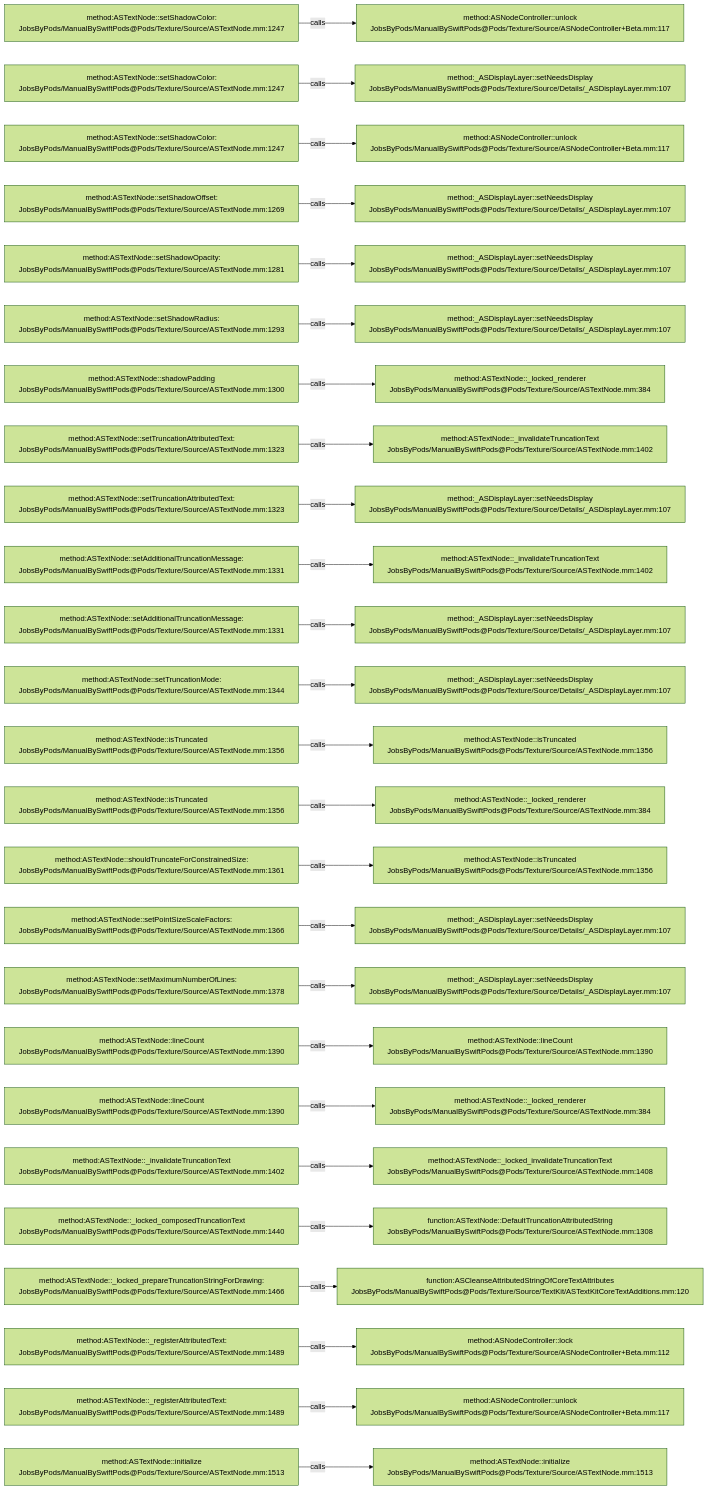
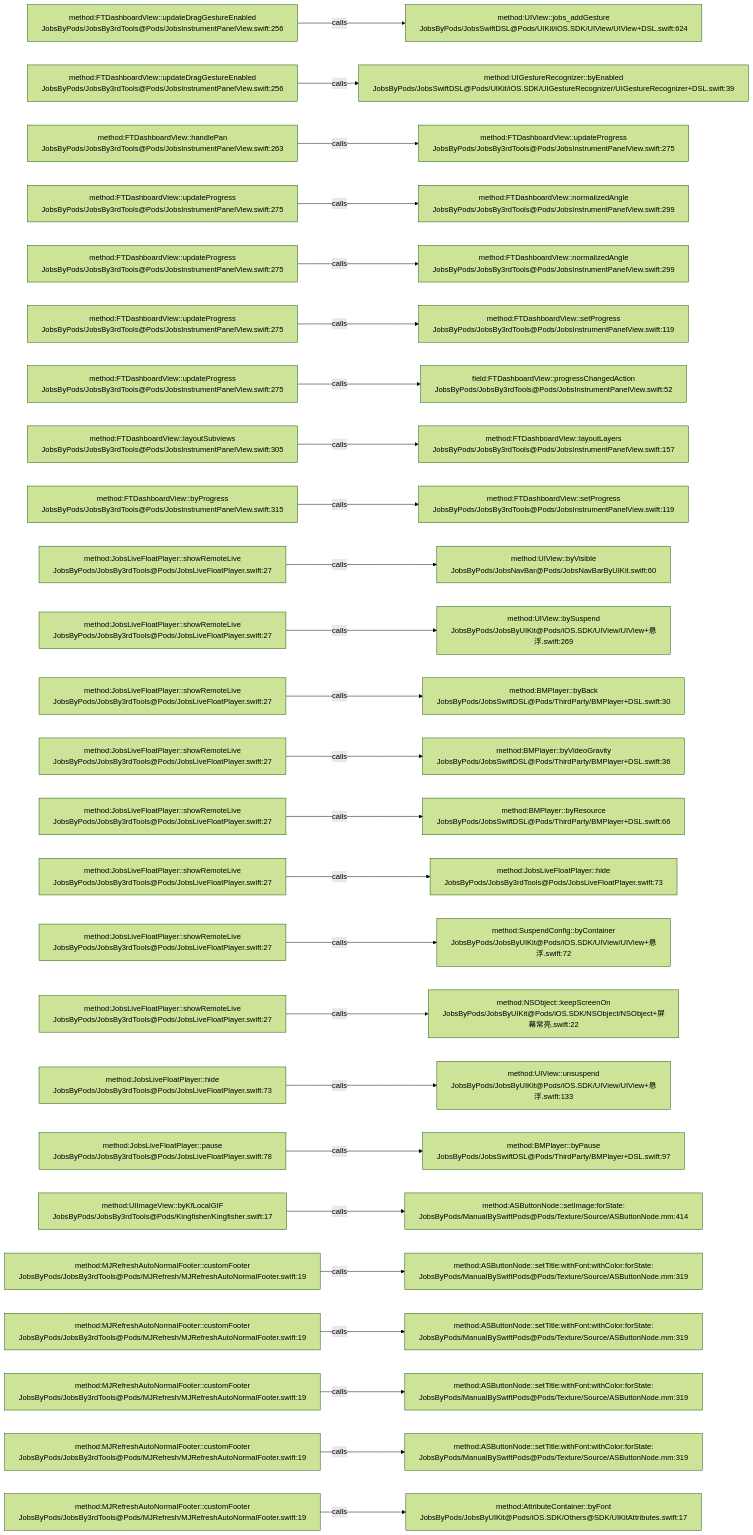
The diagram in .codegraph/codegraph.md/graphs/calls-069.md (JobsKits/JobsSwiftBaseConfigDemo), drawn with Mermaid (forest theme) before and after one commit. The commit also changed 224 other files, not shown here.

````diff
--- a/.codegraph/codegraph.md/graphs/calls-069.md
+++ b/.codegraph/codegraph.md/graphs/calls-069.md
@@ -13,78 +13,78 @@
 ```mermaid
 flowchart LR
-  S1["method:ASTextNode::setShadowColor:<br/>JobsByPods/ManualBySwiftPods@Pods/Texture/Source/ASTextNode.mm:1247"]
-  T1["method:ASNodeController::unlock<br/>JobsByPods/ManualBySwiftPods@Pods/Texture/Source/ASNodeController+Beta.mm:117"]
+  S1["method:FTDashboardView::updateDragGestureEnabled<br/>JobsByPods/JobsBy3rdTools@Pods/JobsInstrumentPanelView.swift:256"]
+  T1["method:UIView::jobs_addGesture<br/>JobsByPods/JobsSwiftDSL@Pods/UIKit/iOS.SDK/UIView/UIView+DSL.swift:624"]
   S1 -->|calls| T1
-  S2["method:ASTextNode::setShadowColor:<br/>JobsByPods/ManualBySwiftPods@Pods/Texture/Source/ASTextNode.mm:1247"]
-  T2["method:_ASDisplayLayer::setNeedsDisplay<br/>JobsByPods/ManualBySwiftPods@Pods/Texture/Source/Details/_ASDisplayLayer.mm:107"]
+  S2["method:FTDashboardView::updateDragGestureEnabled<br/>JobsByPods/JobsBy3rdTools@Pods/JobsInstrumentPanelView.swift:256"]
+  T2["method:UIGestureRecognizer::byEnabled<br/>JobsByPods/JobsSwiftDSL@Pods/UIKit/iOS.SDK/UIGestureRecognizer/UIGestureRecognizer+DSL.swift:39"]
   S2 -->|calls| T2
-  S3["method:ASTextNode::setShadowColor:<br/>JobsByPods/ManualBySwiftPods@Pods/Texture/Source/ASTextNode.mm:1247"]
-  T3["method:ASNodeController::unlock<br/>JobsByPods/ManualBySwiftPods@Pods/Texture/Source/ASNodeController+Beta.mm:117"]
+  S3["method:FTDashboardView::handlePan<br/>JobsByPods/JobsBy3rdTools@Pods/JobsInstrumentPanelView.swift:263"]
+  T3["method:FTDashboardView::updateProgress<br/>JobsByPods/JobsBy3rdTools@Pods/JobsInstrumentPanelView.swift:275"]
   S3 -->|calls| T3
-  S4["method:ASTextNode::setShadowOffset:<br/>JobsByPods/ManualBySwiftPods@Pods/Texture/Source/ASTextNode.mm:1269"]
-  T4["method:_ASDisplayLayer::setNeedsDisplay<br/>JobsByPods/ManualBySwiftPods@Pods/Texture/Source/Details/_ASDisplayLayer.mm:107"]
+  S4["method:FTDashboardView::updateProgress<br/>JobsByPods/JobsBy3rdTools@Pods/JobsInstrumentPanelView.swift:275"]
+  T4["method:FTDashboardView::normalizedAngle<br/>JobsByPods/JobsBy3rdTools@Pods/JobsInstrumentPanelView.swift:299"]
   S4 -->|calls| T4
-  S5["method:ASTextNode::setShadowOpacity:<br/>JobsByPods/ManualBySwiftPods@Pods/Texture/Source/ASTextNode.mm:1281"]
-  T5["method:_ASDisplayLayer::setNeedsDisplay<br/>JobsByPods/ManualBySwiftPods@Pods/Texture/Source/Details/_ASDisplayLayer.mm:107"]
+  S5["method:FTDashboardView::updateProgress<br/>JobsByPods/JobsBy3rdTools@Pods/JobsInstrumentPanelView.swift:275"]
+  T5["method:FTDashboardView::normalizedAngle<br/>JobsByPods/JobsBy3rdTools@Pods/JobsInstrumentPanelView.swift:299"]
   S5 -->|calls| T5
-  S6["method:ASTextNode::setShadowRadius:<br/>JobsByPods/ManualBySwiftPods@Pods/Texture/Source/ASTextNode.mm:1293"]
-  T6["method:_ASDisplayLayer::setNeedsDisplay<br/>JobsByPods/ManualBySwiftPods@Pods/Texture/Source/Details/_ASDisplayLayer.mm:107"]
+  S6["method:FTDashboardView::updateProgress<br/>JobsByPods/JobsBy3rdTools@Pods/JobsInstrumentPanelView.swift:275"]
+  T6["method:FTDashboardView::setProgress<br/>JobsByPods/JobsBy3rdTools@Pods/JobsInstrumentPanelView.swift:119"]
   S6 -->|calls| T6
-  S7["method:ASTextNode::shadowPadding<br/>JobsByPods/ManualBySwiftPods@Pods/Texture/Source/ASTextNode.mm:1300"]
-  T7["method:ASTextNode::_locked_renderer<br/>JobsByPods/ManualBySwiftPods@Pods/Texture/Source/ASTextNode.mm:384"]
+  S7["method:FTDashboardView::updateProgress<br/>JobsByPods/JobsBy3rdTools@Pods/JobsInstrumentPanelView.swift:275"]
+  T7["field:FTDashboardView::progressChangedAction<br/>JobsByPods/JobsBy3rdTools@Pods/JobsInstrumentPanelView.swift:52"]
   S7 -->|calls| T7
-  S8["method:ASTextNode::setTruncationAttributedText:<br/>JobsByPods/ManualBySwiftPods@Pods/Texture/Source/ASTextNode.mm:1323"]
-  T8["method:ASTextNode::_invalidateTruncationText<br/>JobsByPods/ManualBySwiftPods@Pods/Texture/Source/ASTextNode.mm:1402"]
+  S8["method:FTDashboardView::layoutSubviews<br/>JobsByPods/JobsBy3rdTools@Pods/JobsInstrumentPanelView.swift:305"]
+  T8["method:FTDashboardView::layoutLayers<br/>JobsByPods/JobsBy3rdTools@Pods/JobsInstrumentPanelView.swift:157"]
   S8 -->|calls| T8
-  S9["method:ASTextNode::setTruncationAttributedText:<br/>JobsByPods/ManualBySwiftPods@Pods/Texture/Source/ASTextNode.mm:1323"]
-  T9["method:_ASDisplayLayer::setNeedsDisplay<br/>JobsByPods/ManualBySwiftPods@Pods/Texture/Source/Details/_ASDisplayLayer.mm:107"]
+  S9["method:FTDashboardView::byProgress<br/>JobsByPods/JobsBy3rdTools@Pods/JobsInstrumentPanelView.swift:315"]
+  T9["method:FTDashboardView::setProgress<br/>JobsByPods/JobsBy3rdTools@Pods/JobsInstrumentPanelView.swift:119"]
   S9 -->|calls| T9
-  S10["method:ASTextNode::setAdditionalTruncationMessage:<br/>JobsByPods/ManualBySwiftPods@Pods/Texture/Source/ASTextNode.mm:1331"]
-  T10["method:ASTextNode::_invalidateTruncationText<br/>JobsByPods/ManualBySwiftPods@Pods/Texture/Source/ASTextNode.mm:1402"]
+  S10["method:JobsLiveFloatPlayer::showRemoteLive<br/>JobsByPods/JobsBy3rdTools@Pods/JobsLiveFloatPlayer.swift:27"]
+  T10["method:UIView::byVisible<br/>JobsByPods/JobsNavBar@Pods/JobsNavBarByUIKit.swift:60"]
   S10 -->|calls| T10
-  S11["method:ASTextNode::setAdditionalTruncationMessage:<br/>JobsByPods/ManualBySwiftPods@Pods/Texture/Source/ASTextNode.mm:1331"]
-  T11["method:_ASDisplayLayer::setNeedsDisplay<br/>JobsByPods/ManualBySwiftPods@Pods/Texture/Source/Details/_ASDisplayLayer.mm:107"]
+  S11["method:JobsLiveFloatPlayer::showRemoteLive<br/>JobsByPods/JobsBy3rdTools@Pods/JobsLiveFloatPlayer.swift:27"]
+  T11["method:UIView::bySuspend<br/>JobsByPods/JobsByUIKit@Pods/iOS.SDK/UIView/UIView+悬浮.swift:269"]
   S11 -->|calls| T11
-  S12["method:ASTextNode::setTruncationMode:<br/>JobsByPods/ManualBySwiftPods@Pods/Texture/Source/ASTextNode.mm:1344"]
-  T12["method:_ASDisplayLayer::setNeedsDisplay<br/>JobsByPods/ManualBySwiftPods@Pods/Texture/Source/Details/_ASDisplayLayer.mm:107"]
+  S12["method:JobsLiveFloatPlayer::showRemoteLive<br/>JobsByPods/JobsBy3rdTools@Pods/JobsLiveFloatPlayer.swift:27"]
+  T12["method:BMPlayer::byBack<br/>JobsByPods/JobsSwiftDSL@Pods/ThirdParty/BMPlayer+DSL.swift:30"]
   S12 -->|calls| T12
-  S13["method:ASTextNode::isTruncated<br/>JobsByPods/ManualBySwiftPods@Pods/Texture/Source/ASTextNode.mm:1356"]
-  T13["method:ASTextNode::isTruncated<br/>JobsByPods/ManualBySwiftPods@Pods/Texture/Source/ASTextNode.mm:1356"]
+  S13["method:JobsLiveFloatPlayer::showRemoteLive<br/>JobsByPods/JobsBy3rdTools@Pods/JobsLiveFloatPlayer.swift:27"]
+  T13["method:BMPlayer::byVideoGravity<br/>JobsByPods/JobsSwiftDSL@Pods/ThirdParty/BMPlayer+DSL.swift:36"]
   S13 -->|calls| T13
-  S14["method:ASTextNode::isTruncated<br/>JobsByPods/ManualBySwiftPods@Pods/Texture/Source/ASTextNode.mm:1356"]
-  T14["method:ASTextNode::_locked_renderer<br/>JobsByPods/ManualBySwiftPods@Pods/Texture/Source/ASTextNode.mm:384"]
+  S14["method:JobsLiveFloatPlayer::showRemoteLive<br/>JobsByPods/JobsBy3rdTools@Pods/JobsLiveFloatPlayer.swift:27"]
+  T14["method:BMPlayer::byResource<br/>JobsByPods/JobsSwiftDSL@Pods/ThirdParty/BMPlayer+DSL.swift:66"]
   S14 -->|calls| T14
-  S15["method:ASTextNode::shouldTruncateForConstrainedSize:<br/>JobsByPods/ManualBySwiftPods@Pods/Texture/Source/ASTextNode.mm:1361"]
-  T15["method:ASTextNode::isTruncated<br/>JobsByPods/ManualBySwiftPods@Pods/Texture/Source/ASTextNode.mm:1356"]
+  S15["method:JobsLiveFloatPlayer::showRemoteLive<br/>JobsByPods/JobsBy3rdTools@Pods/JobsLiveFloatPlayer.swift:27"]
+  T15["method:JobsLiveFloatPlayer::hide<br/>JobsByPods/JobsBy3rdTools@Pods/JobsLiveFloatPlayer.swift:73"]
   S15 -->|calls| T15
-  S16["method:ASTextNode::setPointSizeScaleFactors:<br/>JobsByPods/ManualBySwiftPods@Pods/Texture/Source/ASTextNode.mm:1366"]
-  T16["method:_ASDisplayLayer::setNeedsDisplay<br/>JobsByPods/ManualBySwiftPods@Pods/Texture/Source/Details/_ASDisplayLayer.mm:107"]
+  S16["method:JobsLiveFloatPlayer::showRemoteLive<br/>JobsByPods/JobsBy3rdTools@Pods/JobsLiveFloatPlayer.swift:27"]
+  T16["method:SuspendConfig::byContainer<br/>JobsByPods/JobsByUIKit@Pods/iOS.SDK/UIView/UIView+悬浮.swift:72"]
   S16 -->|calls| T16
-  S17["method:ASTextNode::setMaximumNumberOfLines:<br/>JobsByPods/ManualBySwiftPods@Pods/Texture/Source/ASTextNode.mm:1378"]
-  T17["method:_ASDisplayLayer::setNeedsDisplay<br/>JobsByPods/ManualBySwiftPods@Pods/Texture/Source/Details/_ASDisplayLayer.mm:107"]
+  S17["method:JobsLiveFloatPlayer::showRemoteLive<br/>JobsByPods/JobsBy3rdTools@Pods/JobsLiveFloatPlayer.swift:27"]
+  T17["method:NSObject::keepScreenOn<br/>JobsByPods/JobsByUIKit@Pods/iOS.SDK/NSObject/NSObject+屏幕常亮.swift:22"]
   S17 -->|calls| T17
-  S18["method:ASTextNode::lineCount<br/>JobsByPods/ManualBySwiftPods@Pods/Texture/Source/ASTextNode.mm:1390"]
-  T18["method:ASTextNode::lineCount<br/>JobsByPods/ManualBySwiftPods@Pods/Texture/Source/ASTextNode.mm:1390"]
+  S18["method:JobsLiveFloatPlayer::hide<br/>JobsByPods/JobsBy3rdTools@Pods/JobsLiveFloatPlayer.swift:73"]
+  T18["method:UIView::unsuspend<br/>JobsByPods/JobsByUIKit@Pods/iOS.SDK/UIView/UIView+悬浮.swift:133"]
   S18 -->|calls| T18
-  S19["method:ASTextNode::lineCount<br/>JobsByPods/ManualBySwiftPods@Pods/Texture/Source/ASTextNode.mm:1390"]
-  T19["method:ASTextNode::_locked_renderer<br/>JobsByPods/ManualBySwiftPods@Pods/Texture/Source/ASTextNode.mm:384"]
+  S19["method:JobsLiveFloatPlayer::pause<br/>JobsByPods/JobsBy3rdTools@Pods/JobsLiveFloatPlayer.swift:78"]
+  T19["method:BMPlayer::byPause<br/>JobsByPods/JobsSwiftDSL@Pods/ThirdParty/BMPlayer+DSL.swift:97"]
   S19 -->|calls| T19
-  S20["method:ASTextNode::_invalidateTruncationText<br/>JobsByPods/ManualBySwiftPods@Pods/Texture/Source/ASTextNode.mm:1402"]
-  T20["method:ASTextNode::_locked_invalidateTruncationText<br/>JobsByPods/ManualBySwiftPods@Pods/Texture/Source/ASTextNode.mm:1408"]
+  S20["method:UIImageView::byKfLocalGIF<br/>JobsByPods/JobsBy3rdTools@Pods/Kingfisher/Kingfisher.swift:17"]
+  T20["method:ASButtonNode::setImage:forState:<br/>JobsByPods/ManualBySwiftPods@Pods/Texture/Source/ASButtonNode.mm:414"]
   S20 -->|calls| T20
-  S21["method:ASTextNode::_locked_composedTruncationText<br/>JobsByPods/ManualBySwiftPods@Pods/Texture/Source/ASTextNode.mm:1440"]
-  T21["function:ASTextNode::DefaultTruncationAttributedString<br/>JobsByPods/ManualBySwiftPods@Pods/Texture/Source/ASTextNode.mm:1308"]
+  S21["method:MJRefreshAutoNormalFooter::customFooter<br/>JobsByPods/JobsBy3rdTools@Pods/MJRefresh/MJRefreshAutoNormalFooter.swift:19"]
+  T21["method:ASButtonNode::setTitle:withFont:withColor:forState:<br/>JobsByPods/ManualBySwiftPods@Pods/Texture/Source/ASButtonNode.mm:319"]
   S21 -->|calls| T21
-  S22["method:ASTextNode::_locked_prepareTruncationStringForDrawing:<br/>JobsByPods/ManualBySwiftPods@Pods/Texture/Source/ASTextNode.mm:1466"]
-  T22["function:ASCleanseAttributedStringOfCoreTextAttributes<br/>JobsByPods/ManualBySwiftPods@Pods/Texture/Source/TextKit/ASTextKitCoreTextAdditions.mm:120"]
+  S22["method:MJRefreshAutoNormalFooter::customFooter<br/>JobsByPods/JobsBy3rdTools@Pods/MJRefresh/MJRefreshAutoNormalFooter.swift:19"]
+  T22["method:ASButtonNode::setTitle:withFont:withColor:forState:<br/>JobsByPods/ManualBySwiftPods@Pods/Texture/Source/ASButtonNode.mm:319"]
   S22 -->|calls| T22
-  S23["method:ASTextNode::_registerAttributedText:<br/>JobsByPods/ManualBySwiftPods@Pods/Texture/Source/ASTextNode.mm:1489"]
-  T23["method:ASNodeController::lock<br/>JobsByPods/ManualBySwiftPods@Pods/Texture/Source/ASNodeController+Beta.mm:112"]
+  S23["method:MJRefreshAutoNormalFooter::customFooter<br/>JobsByPods/JobsBy3rdTools@Pods/MJRefresh/MJRefreshAutoNormalFooter.swift:19"]
+  T23["method:ASButtonNode::setTitle:withFont:withColor:forState:<br/>JobsByPods/ManualBySwiftPods@Pods/Texture/Source/ASButtonNode.mm:319"]
   S23 -->|calls| T23
-  S24["method:ASTextNode::_registerAttributedText:<br/>JobsByPods/ManualBySwiftPods@Pods/Texture/Source/ASTextNode.mm:1489"]
-  T24["method:ASNodeController::unlock<br/>JobsByPods/ManualBySwiftPods@Pods/Texture/Source/ASNodeController+Beta.mm:117"]
+  S24["method:MJRefreshAutoNormalFooter::customFooter<br/>JobsByPods/JobsBy3rdTools@Pods/MJRefresh/MJRefreshAutoNormalFooter.swift:19"]
+  T24["method:ASButtonNode::setTitle:withFont:withColor:forState:<br/>JobsByPods/ManualBySwiftPods@Pods/Texture/Source/ASButtonNode.mm:319"]
   S24 -->|calls| T24
-  S25["method:ASTextNode::initialize<br/>JobsByPods/ManualBySwiftPods@Pods/Texture/Source/ASTextNode.mm:1513"]
-  T25["method:ASTextNode::initialize<br/>JobsByPods/ManualBySwiftPods@Pods/Texture/Source/ASTextNode.mm:1513"]
+  S25["method:MJRefreshAutoNormalFooter::customFooter<br/>JobsByPods/JobsBy3rdTools@Pods/MJRefresh/MJRefreshAutoNormalFooter.swift:19"]
+  T25["method:AttributeContainer::byFont<br/>JobsByPods/JobsByUIKit@Pods/iOS.SDK/Others@SDK/UIKitAttributes.swift:17"]
   S25 -->|calls| T25
 ```
````
